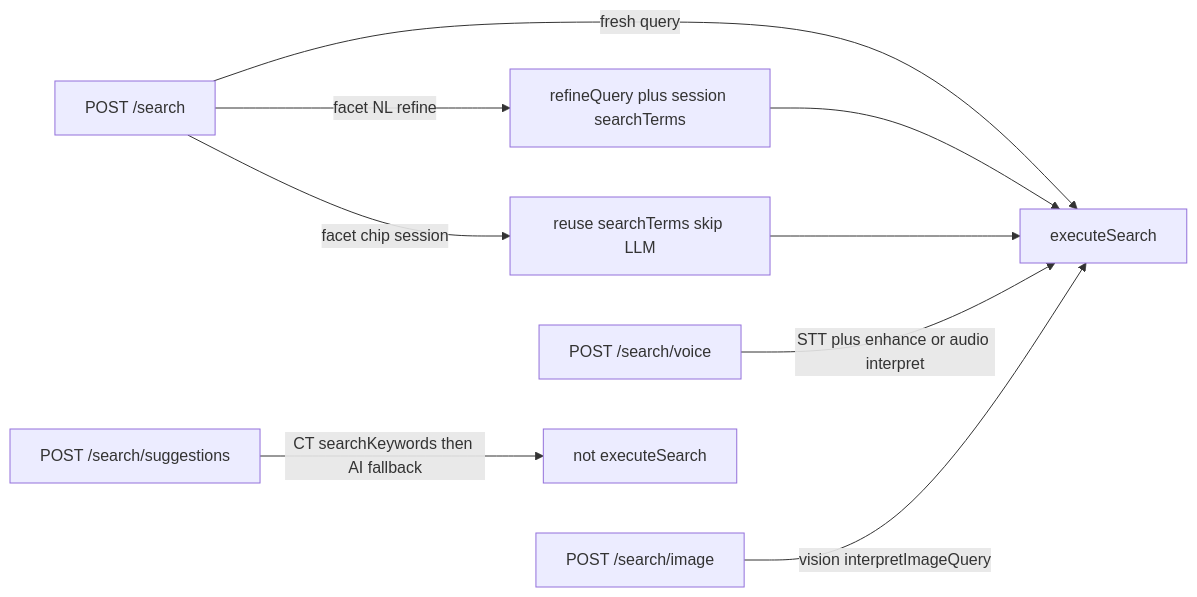
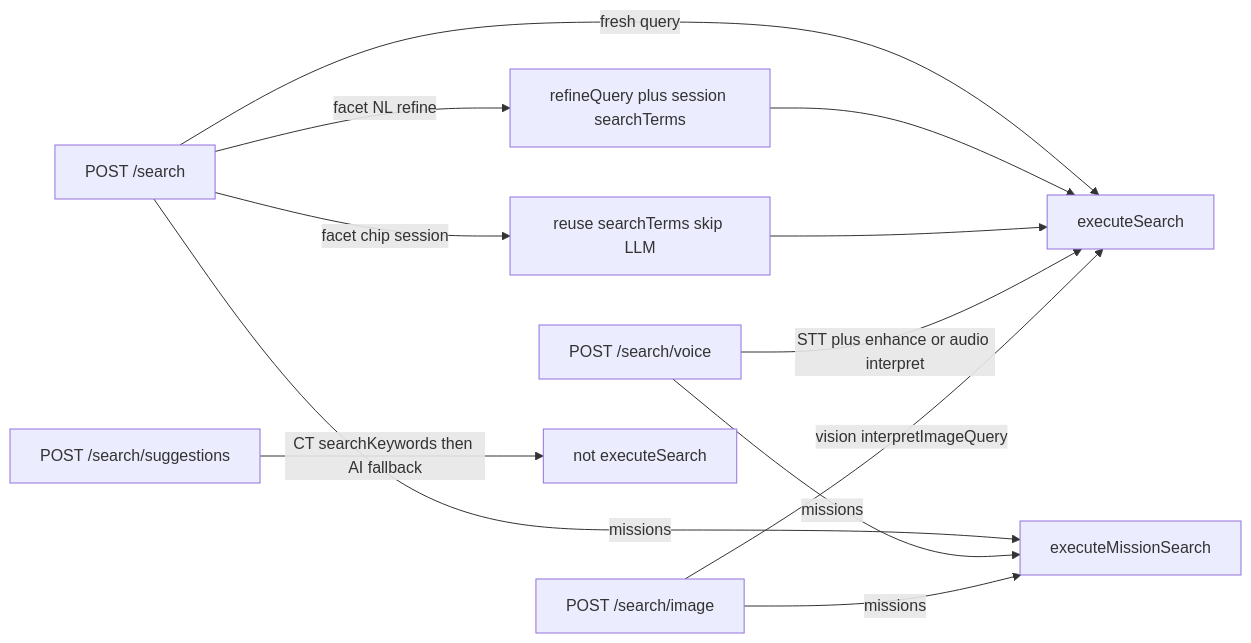
The third of 4 diagrams in docs/search-pipeline.md (tomasz-miller/commerce-ai-tool), drawn with Mermaid before and after one commit. The commit also changed other lines of this file and 27 other files, not shown here.

First line of the commit message:
Run shopping missions on voice and image, and restore facet refine for non-compound queries.

````diff
--- a/docs/search-pipeline.md
+++ b/docs/search-pipeline.md
@@ -237,19 +237,23 @@
 ```mermaid
 flowchart LR
   text["POST /search"]
   refine["refineQuery plus session searchTerms"]
   skipLlm["reuse searchTerms skip LLM"]
   voice["POST /search/voice"]
   image["POST /search/image"]
   suggest["POST /search/suggestions"]
   execute["executeSearch"]
+  mission["executeMissionSearch"]
 
   text -->|"fresh query"| execute
+  text -->|"missions"| mission
   text -->|"facet NL refine"| refine
   refine --> execute
   text -->|"facet chip session"| skipLlm
   skipLlm --> execute
   voice -->|"STT plus enhance or audio interpret"| execute
+  voice -->|"missions"| mission
   image -->|"vision interpretImageQuery"| execute
+  image -->|"missions"| mission
   suggest -->|"CT searchKeywords then AI fallback"| ctSuggest["not executeSearch"]
 ```
````
